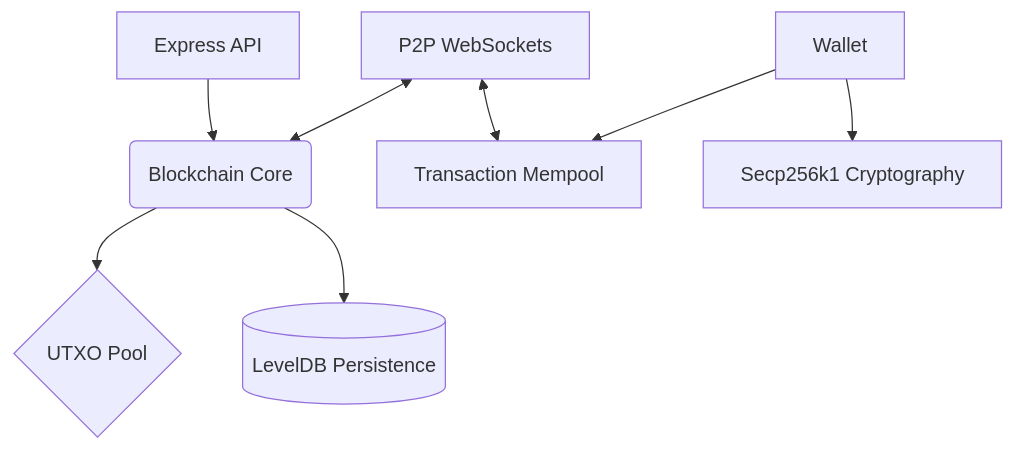
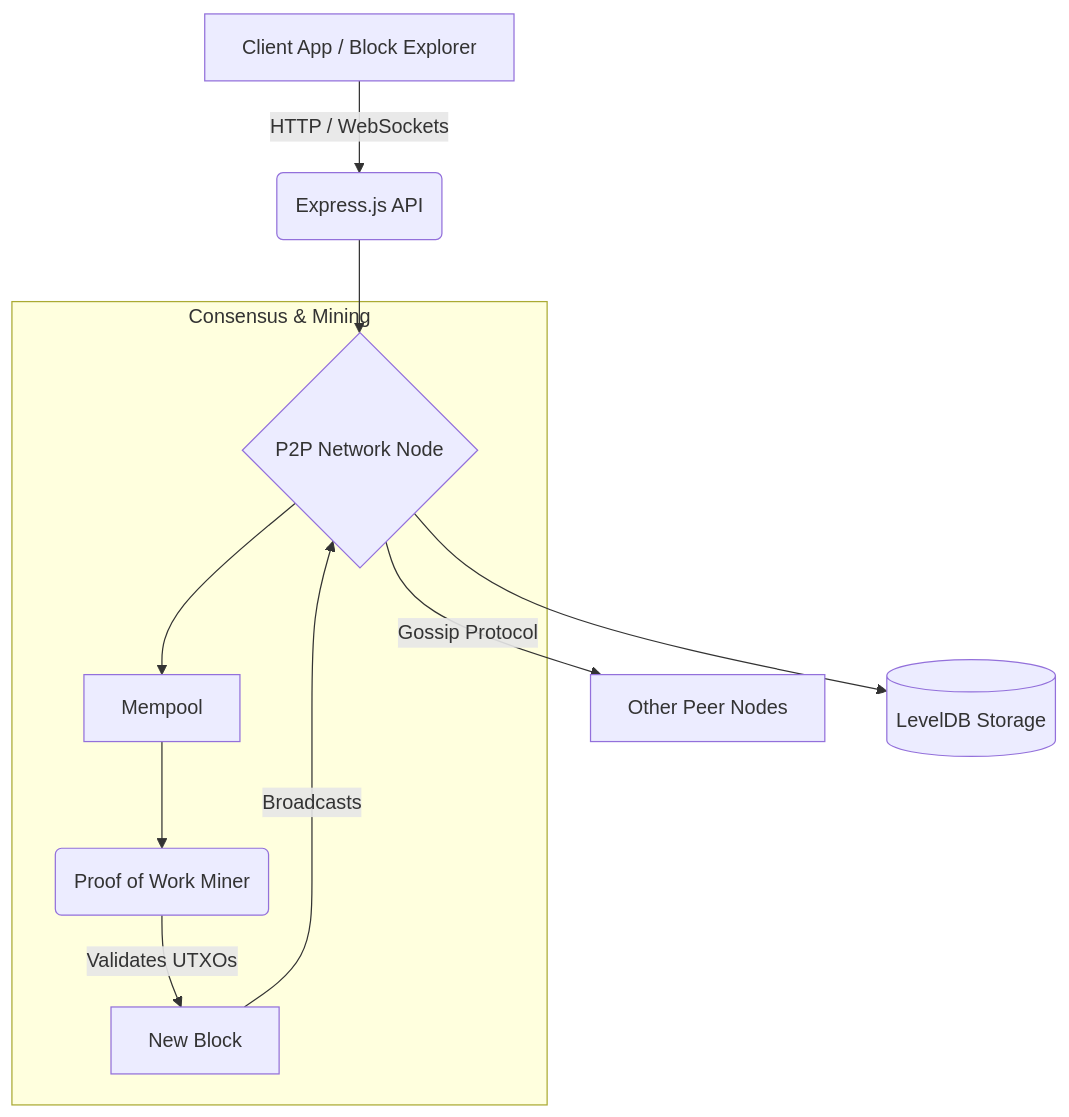
Before and after one commit to vikramkrishna1705-beep/BlockJS: the diagram in README.md, drawn with Mermaid. The commit also changed other lines of this file and 9 other files, not shown here.

Commit message:
feat: implement blockchain core logic with Merkle tree support and add a visual web-based block explorer dashboard.

````diff
--- a/README.md
+++ b/README.md
@@ -28,10 +30,14 @@
 ```mermaid
 graph TD
-    A[Express API] --> B(Blockchain Core)
-    B --> C{UTXO Pool}
-    B --> D[(LevelDB Persistence)]
-    E[P2P WebSockets] <--> B
-    E <--> F[Transaction Mempool]
-    G[Wallet] --> H[Secp256k1 Cryptography]
-    G --> F
+    A[Client App / Block Explorer] -->|HTTP / WebSockets| B(Express.js API)
+    B --> C{P2P Network Node}
+    C -->|Gossip Protocol| D[Other Peer Nodes]
+    C --> E[Mempool]
+    C --> F[(LevelDB Storage)]
+    
+    subgraph Consensus & Mining
+        E --> G(Proof of Work Miner)
+        G -->|Validates UTXOs| H[New Block]
+        H -->|Broadcasts| C
+    end
 ```
````
